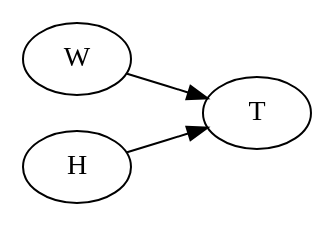
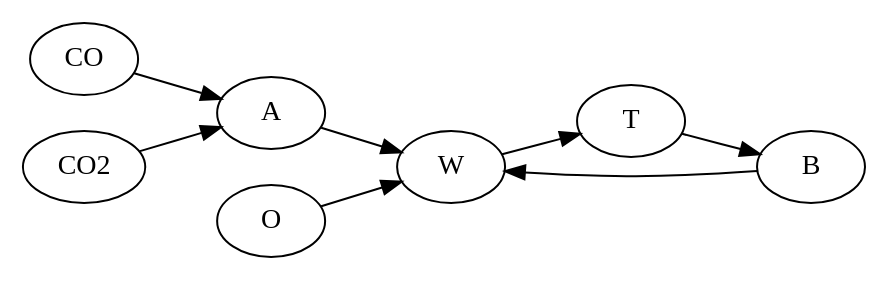
Before and after one commit to smarianimore/multiagent_algorithm: the diagram in tmp/2/Digraph.gv, drawn with Graphviz. The commit also changed 12 other files, not shown here.

```diff
--- a/tmp/2/Digraph.gv
+++ b/tmp/2/Digraph.gv
@@ -1,5 +1,10 @@
 digraph {
 	graph [rankdir=LR]
+	CO -> A
+	A -> W
+	CO2 -> A
 	W -> T
-	H -> T
+	T -> B
+	B -> W
+	O -> W
 }
```
